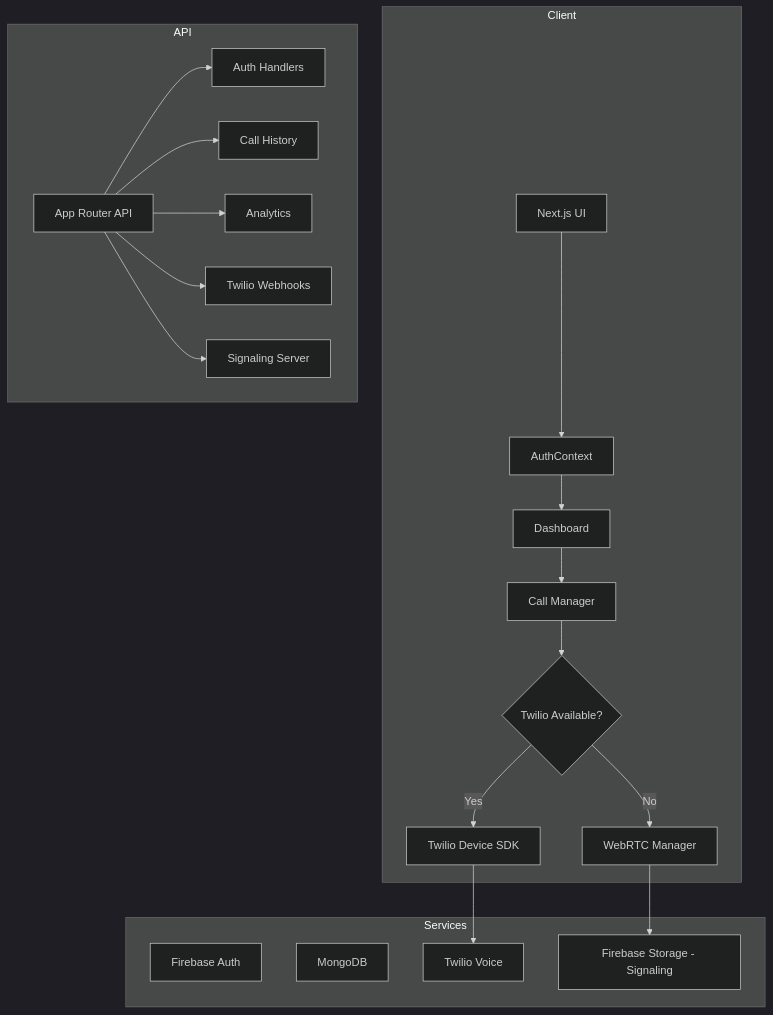
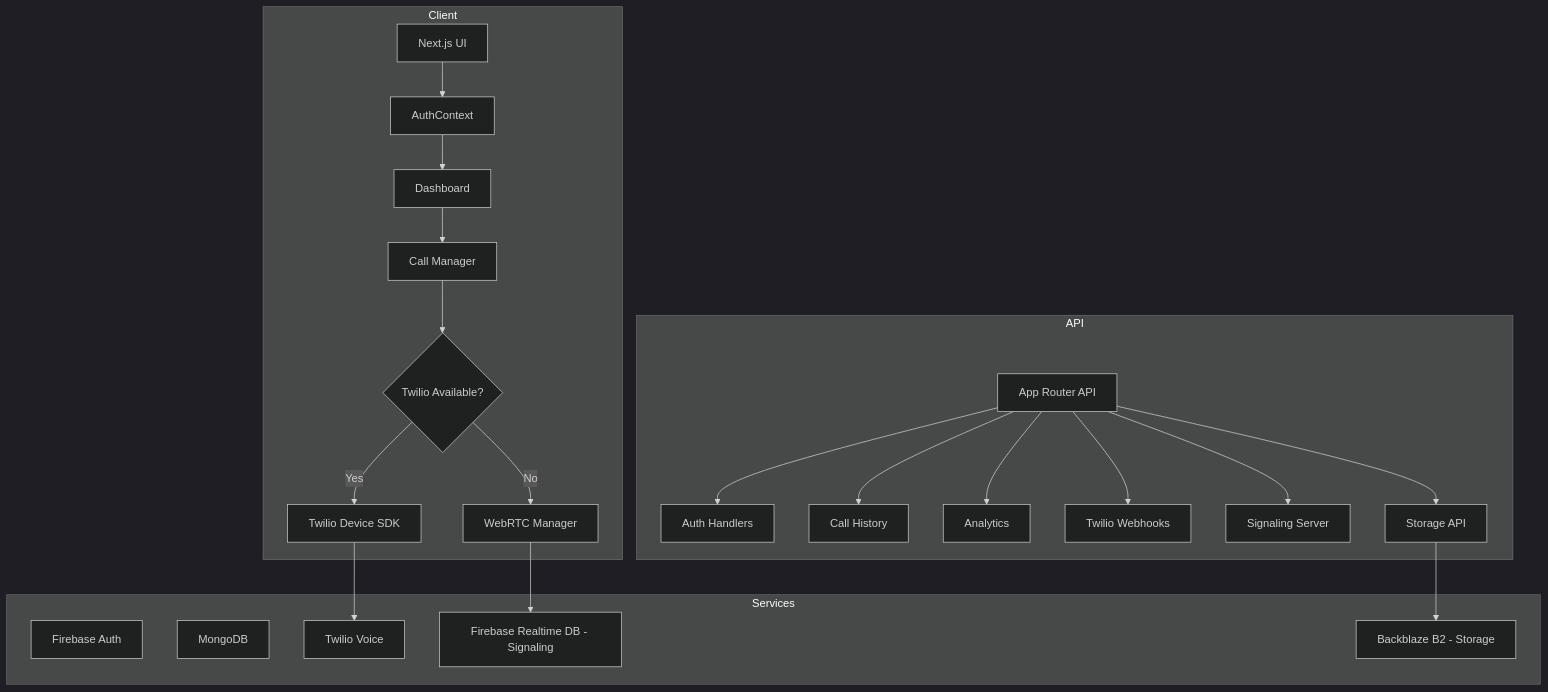
Before and after one commit to kn9ts/careflow: the first of 6 diagrams in plans/SYSTEM_ARCHITECTURE.md, drawn with Mermaid (dark theme). The commit also changed other lines of this file and 18 other files, not shown here.

First line of the commit message:
feat: WebRTC fallback + Backblaze B2 storage

````diff
--- a/plans/SYSTEM_ARCHITECTURE.md
+++ b/plans/SYSTEM_ARCHITECTURE.md
@@ -14,29 +15,32 @@
 ```mermaid
 flowchart TB
     subgraph Client
         A[Next.js UI] --> B[AuthContext]
         B --> C[Dashboard]
         C --> D[Call Manager]
         D --> E{Twilio Available?}
         E -->|Yes| F[Twilio Device SDK]
         E -->|No| G[WebRTC Manager]
     end
 
     subgraph API
         H[App Router API] --> I[Auth Handlers]
         H --> J[Call History]
         H --> K[Analytics]
         H --> L[Twilio Webhooks]
         H --> M[Signaling Server]
+        H --> N[Storage API]
     end
 
     subgraph Services
-        N[Firebase Auth]
-        O[MongoDB]
-        P[Twilio Voice]
-        Q[Firebase Storage - Signaling]
+        O[Firebase Auth]
+        P[MongoDB]
+        Q[Twilio Voice]
+        R[Firebase Realtime DB - Signaling]
+        S[Backblaze B2 - Storage]
     end
 
-    F --> P
-    G --> Q
+    F --> Q
+    G --> R
+    N --> S
 ```
````
